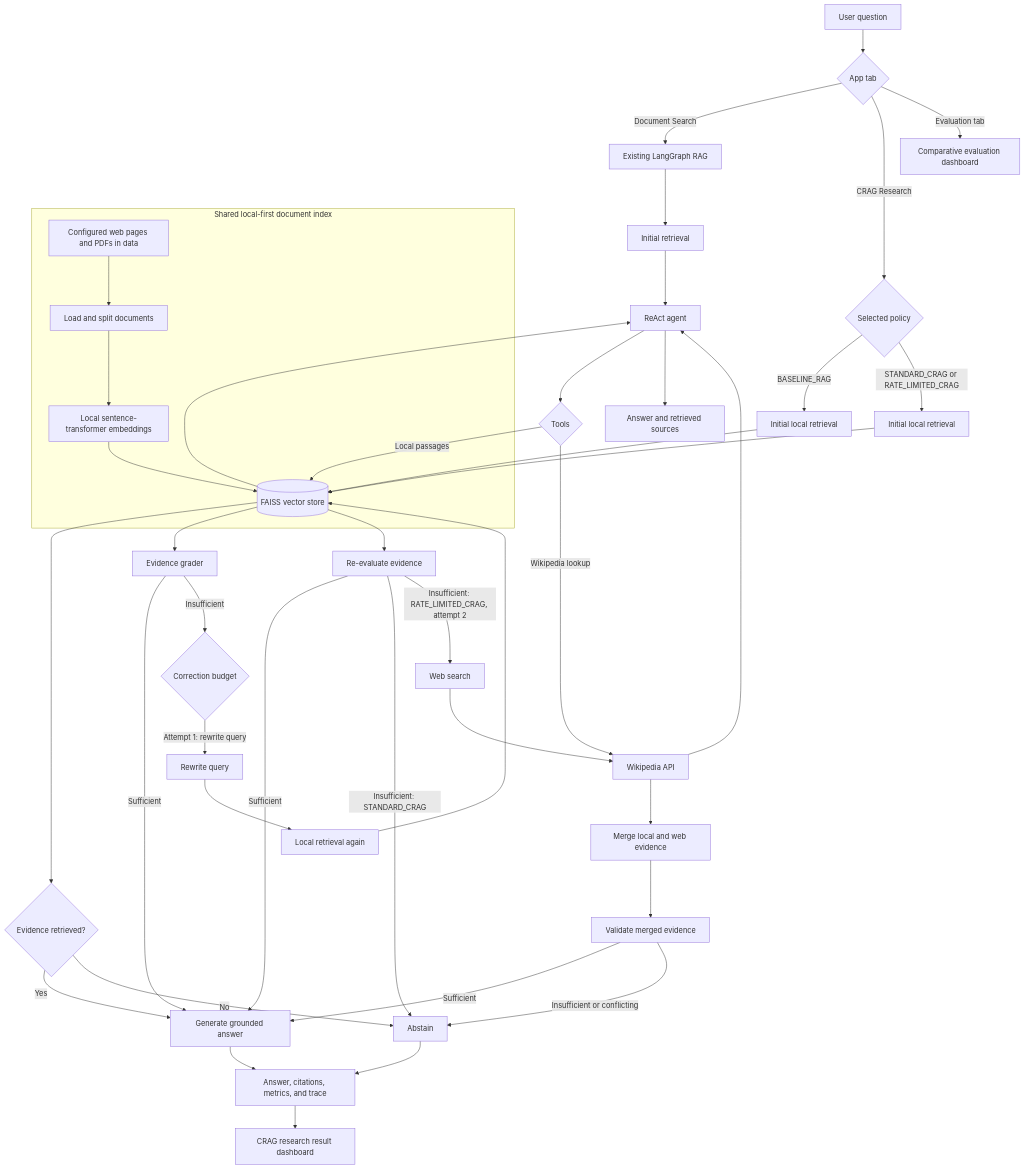
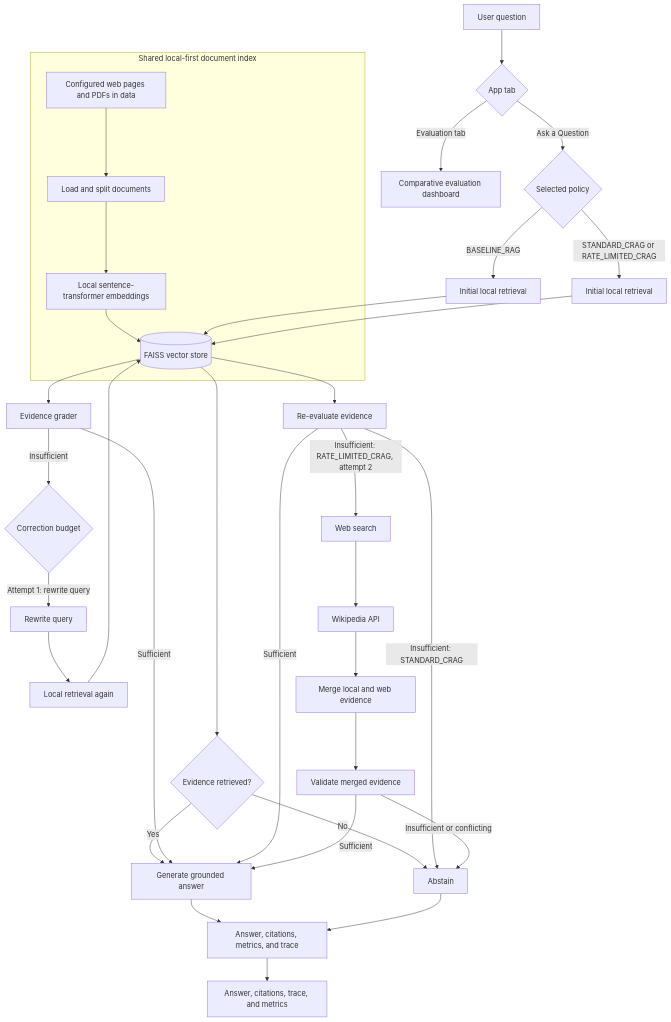
The diagram in README.md (proindra/prompt_mini_project), drawn with Mermaid before and after one commit. The commit also changed other lines of this file and 18 other files, not shown here.

````diff
--- a/README.md
+++ b/README.md
@@ -150,52 +151,42 @@
 ```mermaid
 flowchart TD
     Q[User question] --> UI{App tab}
 
     subgraph SharedIndex[Shared local-first document index]
         SRC[Configured web pages and PDFs in data]
         PROC[Load and split documents]
         EMB[Local sentence-transformer embeddings]
         V[(FAISS vector store)]
         SRC --> PROC --> EMB --> V
     end
 
-    UI -->|Document Search| OLD[Existing LangGraph RAG]
-    OLD --> OLDRET[Initial retrieval]
-    OLDRET --> AG[ReAct agent]
-    AG --> TOOL{Tools}
-    TOOL -->|Local passages| V
-    TOOL -->|Wikipedia lookup| WIKI[Wikipedia API]
-    V --> AG
-    WIKI --> AG
-    AG --> OLDOUT[Answer and retrieved sources]
-
-    UI -->|CRAG Research| POLICY{Selected policy}
+    UI -->|Ask a Question| POLICY{Selected policy}
     POLICY -->|BASELINE_RAG| BASE[Initial local retrieval]
     BASE --> V
     V --> BASECHECK{Evidence retrieved?}
     BASECHECK -->|Yes| GEN[Generate grounded answer]
     BASECHECK -->|No| ABSTAIN[Abstain]
 
     POLICY -->|STANDARD_CRAG or RATE_LIMITED_CRAG| RET1[Initial local retrieval]
     RET1 --> V
     V --> GRADE1[Evidence grader]
     GRADE1 -->|Sufficient| GEN
     GRADE1 -->|Insufficient| BUDGET{Correction budget}
     BUDGET -->|Attempt 1: rewrite query| REWRITE[Rewrite query]
     REWRITE --> RET2[Local retrieval again]
     RET2 --> V
     V --> GRADE2[Re-evaluate evidence]
     GRADE2 -->|Sufficient| GEN
     GRADE2 -->|Insufficient: STANDARD_CRAG| ABSTAIN
     GRADE2 -->|Insufficient: RATE_LIMITED_CRAG, attempt 2| WEB[Web search]
     WEB --> WIKI[Wikipedia API]
     WIKI --> MERGE[Merge local and web evidence]
     MERGE --> GRADE3[Validate merged evidence]
     GRADE3 -->|Sufficient| GEN
     GRADE3 -->|Insufficient or conflicting| ABSTAIN
 
     GEN --> RESULT[Answer, citations, metrics, and trace]
     ABSTAIN --> RESULT
-    RESULT --> DASH[CRAG research result dashboard]
+    RESULT --> DASH[Answer, citations, trace, and metrics]
     UI -->|Evaluation tab| EVAL[Comparative evaluation dashboard]
 ```
````
